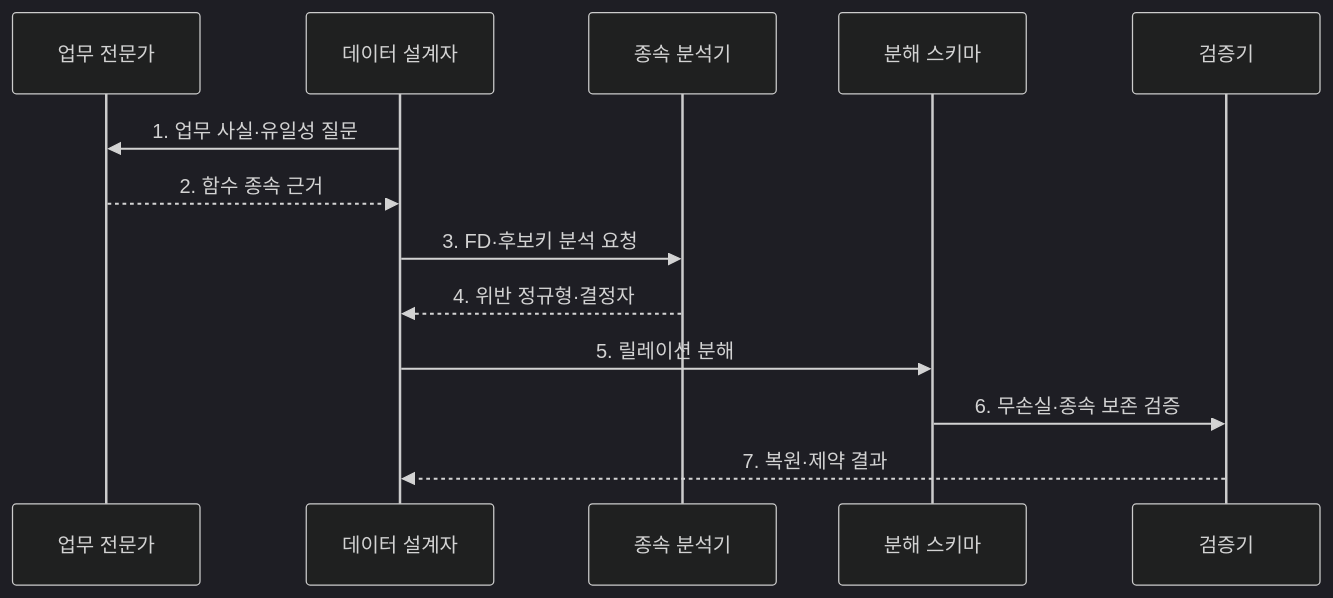
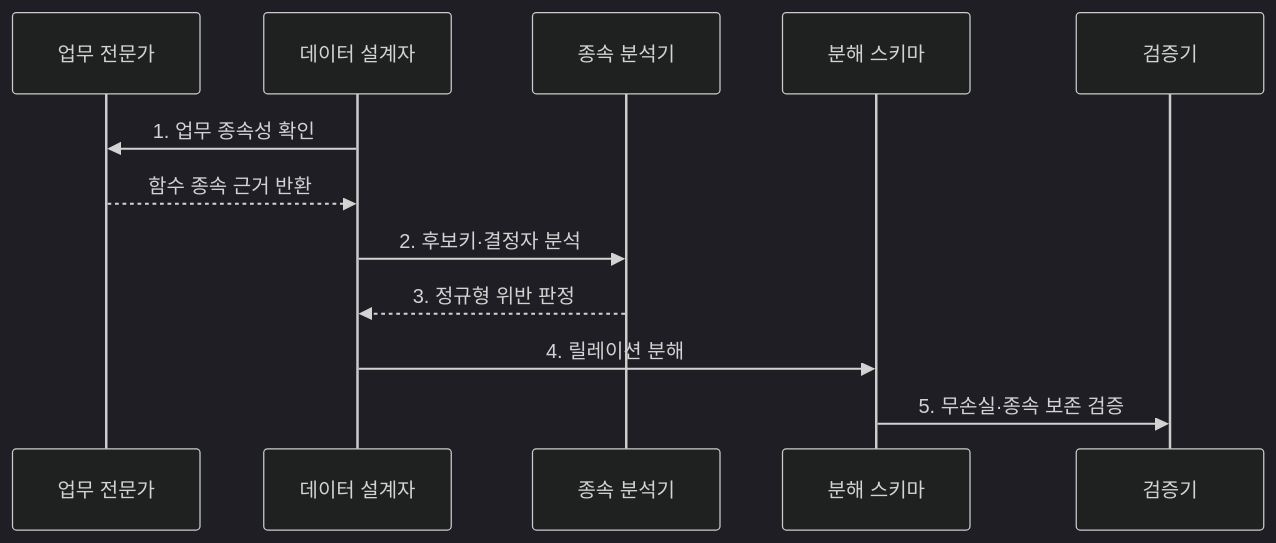
Before and after one commit to agnusdei1207/knowledge-base: the second of 2 diagrams in src/content/docs/notes/03-software/089_database_normalization.md, drawn with Mermaid (dark theme). The commit also changed other lines of this file and 238 other files, not shown here.

````diff
--- a/src/content/docs/notes/03-software/089_database_normalization.md
+++ b/src/content/docs/notes/03-software/089_database_normalization.md
@@ -84,15 +84,14 @@
 ```mermaid
 sequenceDiagram
     participant B as 업무 전문가
     participant D as 데이터 설계자
     participant F as 종속 분석기
     participant S as 분해 스키마
     participant V as 검증기
-    D->>B: 1. 업무 사실·유일성 질문
-    B-->>D: 2. 함수 종속 근거
-    D->>F: 3. FD·후보키 분석 요청
-    F-->>D: 4. 위반 정규형·결정자
-    D->>S: 5. 릴레이션 분해
-    S->>V: 6. 무손실·종속 보존 검증
-    V-->>D: 7. 복원·제약 결과
+    D->>B: 1. 업무 종속성 확인
+    B-->>D: 함수 종속 근거 반환
+    D->>F: 2. 후보키·결정자 분석
+    F-->>D: 3. 정규형 위반 판정
+    D->>S: 4. 릴레이션 분해
+    S->>V: 5. 무손실·종속 보존 검증
 ```
````
